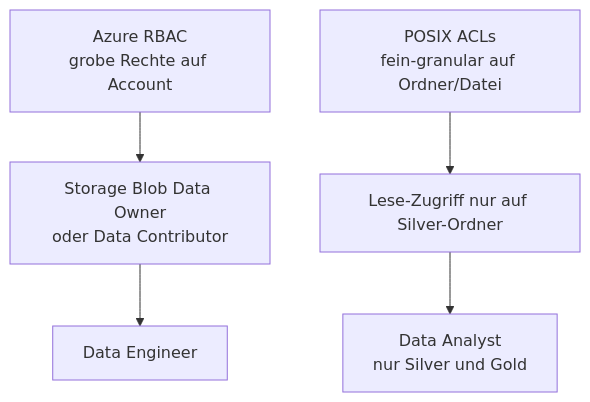
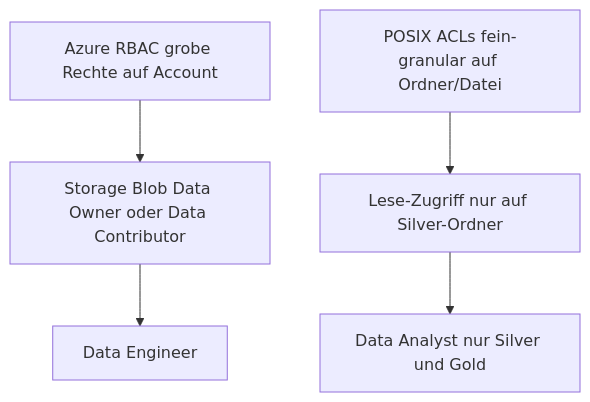
The third of 3 diagrams in Microsoft 365/Azure/Storage/Azure Data Lake Storage Gen2.md (SoniiiT/notes-n-docs), drawn with Mermaid before and after one commit. The commit also changed other lines of this file and 124 other files, not shown here.

First line of the commit message:
fix: Entferne \n aus allen Mermaid-Diagrammen (125 Dateien)

````diff
--- a/Microsoft 365/Azure/Storage/Azure Data Lake Storage Gen2.md
+++ b/Microsoft 365/Azure/Storage/Azure Data Lake Storage Gen2.md
@@ -149,8 +149,8 @@
 ```mermaid
 graph TD
-    RBAC[Azure RBAC\ngrobe Rechte auf Account] --> DA[Storage Blob Data Owner\noder Data Contributor]
-    ACL[POSIX ACLs\nfein-granular auf Ordner/Datei] --> FA[Lese-Zugriff nur auf Silver-Ordner]
+    RBAC[Azure RBAC grobe Rechte auf Account] --> DA[Storage Blob Data Owner oder Data Contributor]
+    ACL[POSIX ACLs fein-granular auf Ordner/Datei] --> FA[Lese-Zugriff nur auf Silver-Ordner]
 
     DA --> USER[Data Engineer]
-    FA --> USER2[Data Analyst\nnur Silver und Gold]
+    FA --> USER2[Data Analyst nur Silver und Gold]
 ```
````
